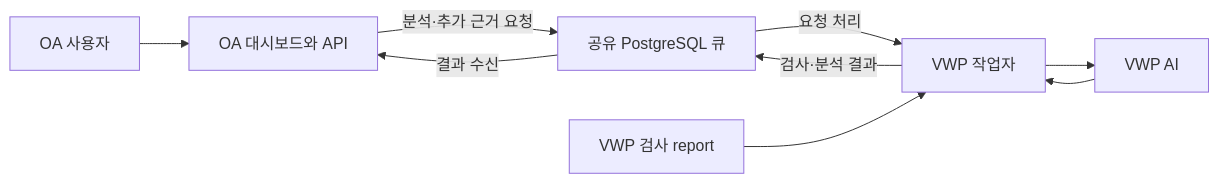
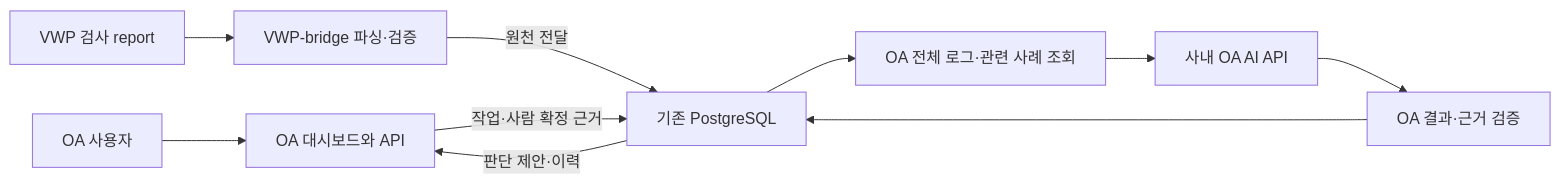
One commit to kyuns-96/sanity_log_parser changed the second of 3 diagrams in requirement.md. Above: the diagram before and after it, drawn with Mermaid. The commit also changed other lines of this file and 55 other files, not shown here.

````diff
--- a/requirement.md
+++ b/requirement.md
@@ -521,11 +530,12 @@
 ```mermaid
 flowchart LR
     U[OA 사용자] --> D[OA 대시보드와 API]
-    D -->|분석·추가 근거 요청| Q[공유 PostgreSQL 큐]
-    Q -->|요청 처리| W[VWP 작업자]
-    W --> A[VWP AI]
-    R[VWP 검사 report] --> W
-    A --> W
-    W -->|검사·분석 결과| Q
-    Q -->|결과 수신| D
+    R[VWP 검사 report] --> W[VWP-bridge 파싱·검증]
+    W -->|원천 전달| Q[기존 PostgreSQL]
+    D -->|작업·사람 확정 근거| Q
+    Q --> O[OA 전체 로그·관련 사례 조회]
+    O --> A[사내 OA AI API]
+    A --> J[OA 결과·근거 검증]
+    J --> Q
+    Q -->|판단 제안·이력| D
 ```
````
